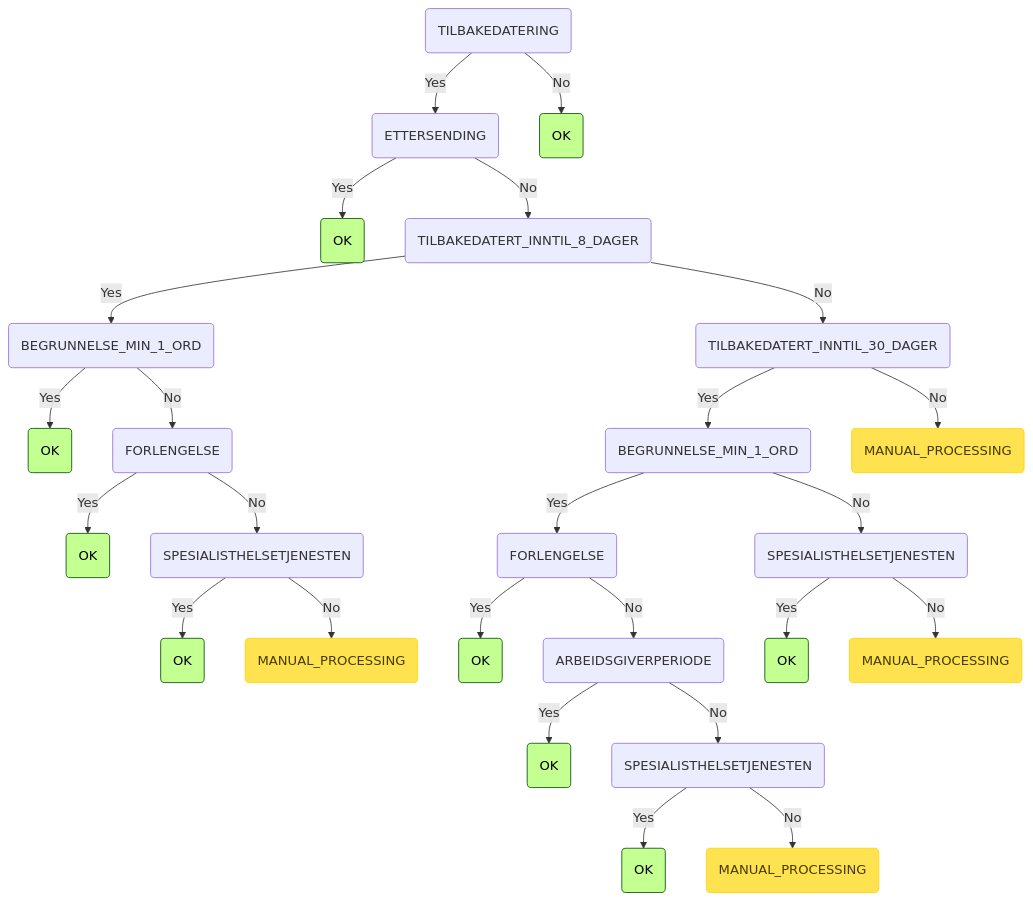
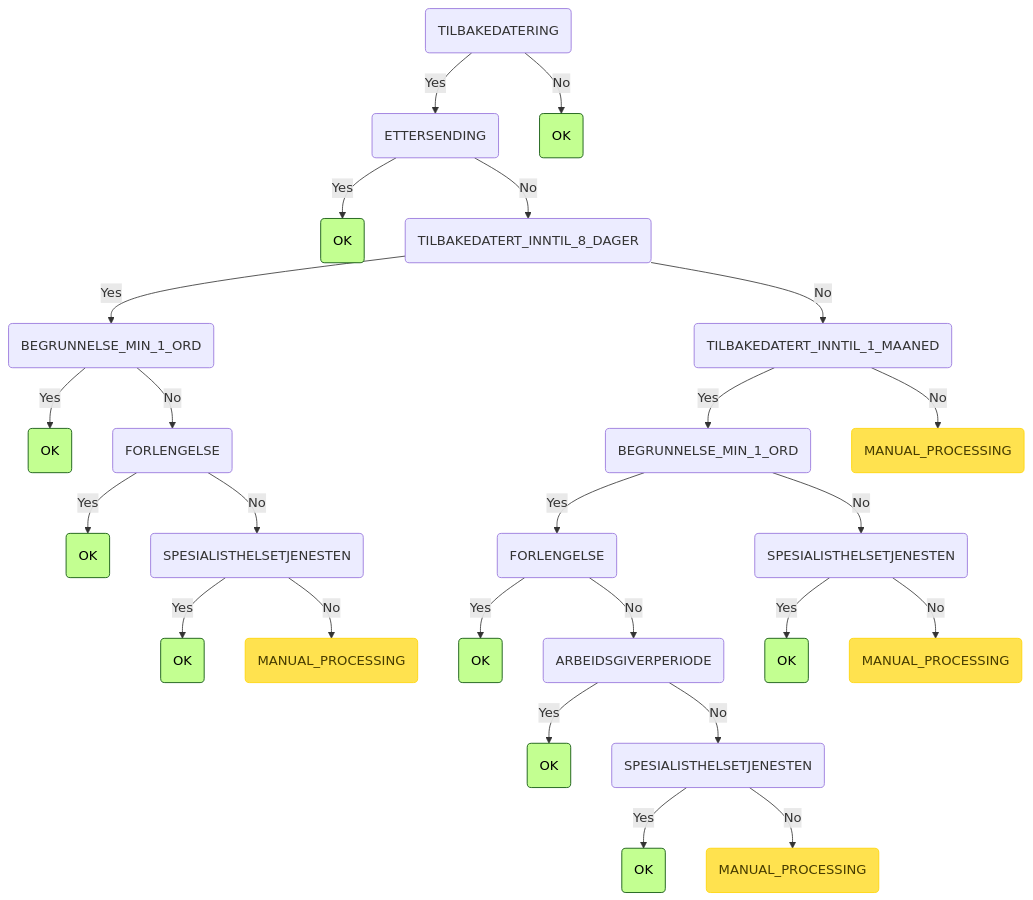
The eighth of 8 diagrams in README.md (navikt/syfosmpapirregler), drawn with Mermaid before and after one commit. The commit also changed 3 other files, not shown here.

````diff
--- a/README.md
+++ b/README.md
@@ -249,30 +249,30 @@
 ```mermaid
 graph TD
     root(TILBAKEDATERING) -->|Yes| root_TILBAKEDATERING_ETTERSENDING(ETTERSENDING)
     root_TILBAKEDATERING_ETTERSENDING(ETTERSENDING) -->|Yes| root_TILBAKEDATERING_ETTERSENDING_OK(OK):::ok
     root_TILBAKEDATERING_ETTERSENDING(ETTERSENDING) -->|No| root_TILBAKEDATERING_ETTERSENDING_TILBAKEDATERT_INNTIL_8_DAGER(TILBAKEDATERT_INNTIL_8_DAGER)
     root_TILBAKEDATERING_ETTERSENDING_TILBAKEDATERT_INNTIL_8_DAGER(TILBAKEDATERT_INNTIL_8_DAGER) -->|Yes| root_TILBAKEDATERING_ETTERSENDING_TILBAKEDATERT_INNTIL_8_DAGER_BEGRUNNELSE_MIN_1_ORD(BEGRUNNELSE_MIN_1_ORD)
     root_TILBAKEDATERING_ETTERSENDING_TILBAKEDATERT_INNTIL_8_DAGER_BEGRUNNELSE_MIN_1_ORD(BEGRUNNELSE_MIN_1_ORD) -->|Yes| root_TILBAKEDATERING_ETTERSENDING_TILBAKEDATERT_INNTIL_8_DAGER_BEGRUNNELSE_MIN_1_ORD_OK(OK):::ok
     root_TILBAKEDATERING_ETTERSENDING_TILBAKEDATERT_INNTIL_8_DAGER_BEGRUNNELSE_MIN_1_ORD(BEGRUNNELSE_MIN_1_ORD) -->|No| root_TILBAKEDATERING_ETTERSENDING_TILBAKEDATERT_INNTIL_8_DAGER_BEGRUNNELSE_MIN_1_ORD_FORLENGELSE(FORLENGELSE)
     root_TILBAKEDATERING_ETTERSENDING_TILBAKEDATERT_INNTIL_8_DAGER_BEGRUNNELSE_MIN_1_ORD_FORLENGELSE(FORLENGELSE) -->|Yes| root_TILBAKEDATERING_ETTERSENDING_TILBAKEDATERT_INNTIL_8_DAGER_BEGRUNNELSE_MIN_1_ORD_FORLENGELSE_OK(OK):::ok
     root_TILBAKEDATERING_ETTERSENDING_TILBAKEDATERT_INNTIL_8_DAGER_BEGRUNNELSE_MIN_1_ORD_FORLENGELSE(FORLENGELSE) -->|No| root_TILBAKEDATERING_ETTERSENDING_TILBAKEDATERT_INNTIL_8_DAGER_BEGRUNNELSE_MIN_1_ORD_FORLENGELSE_SPESIALISTHELSETJENESTEN(SPESIALISTHELSETJENESTEN)
     root_TILBAKEDATERING_ETTERSENDING_TILBAKEDATERT_INNTIL_8_DAGER_BEGRUNNELSE_MIN_1_ORD_FORLENGELSE_SPESIALISTHELSETJENESTEN(SPESIALISTHELSETJENESTEN) -->|Yes| root_TILBAKEDATERING_ETTERSENDING_TILBAKEDATERT_INNTIL_8_DAGER_BEGRUNNELSE_MIN_1_ORD_FORLENGELSE_SPESIALISTHELSETJENESTEN_OK(OK):::ok
     root_TILBAKEDATERING_ETTERSENDING_TILBAKEDATERT_INNTIL_8_DAGER_BEGRUNNELSE_MIN_1_ORD_FORLENGELSE_SPESIALISTHELSETJENESTEN(SPESIALISTHELSETJENESTEN) -->|No| root_TILBAKEDATERING_ETTERSENDING_TILBAKEDATERT_INNTIL_8_DAGER_BEGRUNNELSE_MIN_1_ORD_FORLENGELSE_SPESIALISTHELSETJENESTEN_MANUAL_PROCESSING(MANUAL_PROCESSING):::manuell
-    root_TILBAKEDATERING_ETTERSENDING_TILBAKEDATERT_INNTIL_8_DAGER(TILBAKEDATERT_INNTIL_8_DAGER) -->|No| root_TILBAKEDATERING_ETTERSENDING_TILBAKEDATERT_INNTIL_8_DAGER_TILBAKEDATERT_INNTIL_30_DAGER(TILBAKEDATERT_INNTIL_30_DAGER)
-    root_TILBAKEDATERING_ETTERSENDING_TILBAKEDATERT_INNTIL_8_DAGER_TILBAKEDATERT_INNTIL_30_DAGER(TILBAKEDATERT_INNTIL_30_DAGER) -->|Yes| root_TILBAKEDATERING_ETTERSENDING_TILBAKEDATERT_INNTIL_8_DAGER_TILBAKEDATERT_INNTIL_30_DAGER_BEGRUNNELSE_MIN_1_ORD(BEGRUNNELSE_MIN_1_ORD)
-    root_TILBAKEDATERING_ETTERSENDING_TILBAKEDATERT_INNTIL_8_DAGER_TILBAKEDATERT_INNTIL_30_DAGER_BEGRUNNELSE_MIN_1_ORD(BEGRUNNELSE_MIN_1_ORD) -->|Yes| root_TILBAKEDATERING_ETTERSENDING_TILBAKEDATERT_INNTIL_8_DAGER_TILBAKEDATERT_INNTIL_30_DAGER_BEGRUNNELSE_MIN_1_ORD_FORLENGELSE(FORLENGELSE)
-    root_TILBAKEDATERING_ETTERSENDING_TILBAKEDATERT_INNTIL_8_DAGER_TILBAKEDATERT_INNTIL_30_DAGER_BEGRUNNELSE_MIN_1_ORD_FORLENGELSE(FORLENGELSE) -->|Yes| root_TILBAKEDATERING_ETTERSENDING_TILBAKEDATERT_INNTIL_8_DAGER_TILBAKEDATERT_INNTIL_30_DAGER_BEGRUNNELSE_MIN_1_ORD_FORLENGELSE_OK(OK):::ok
-    root_TILBAKEDATERING_ETTERSENDING_TILBAKEDATERT_INNTIL_8_DAGER_TILBAKEDATERT_INNTIL_30_DAGER_BEGRUNNELSE_MIN_1_ORD_FORLENGELSE(FORLENGELSE) -->|No| root_TILBAKEDATERING_ETTERSENDING_TILBAKEDATERT_INNTIL_8_DAGER_TILBAKEDATERT_INNTIL_30_DAGER_BEGRUNNELSE_MIN_1_ORD_FORLENGELSE_ARBEIDSGIVERPERIODE(ARBEIDSGIVERPERIODE)
-    root_TILBAKEDATERING_ETTERSENDING_TILBAKEDATERT_INNTIL_8_DAGER_TILBAKEDATERT_INNTIL_30_DAGER_BEGRUNNELSE_MIN_1_ORD_FORLENGELSE_ARBEIDSGIVERPERIODE(ARBEIDSGIVERPERIODE) -->|Yes| root_TILBAKEDATERING_ETTERSENDING_TILBAKEDATERT_INNTIL_8_DAGER_TILBAKEDATERT_INNTIL_30_DAGER_BEGRUNNELSE_MIN_1_ORD_FORLENGELSE_ARBEIDSGIVERPERIODE_OK(OK):::ok
-    root_TILBAKEDATERING_ETTERSENDING_TILBAKEDATERT_INNTIL_8_DAGER_TILBAKEDATERT_INNTIL_30_DAGER_BEGRUNNELSE_MIN_1_ORD_FORLENGELSE_ARBEIDSGIVERPERIODE(ARBEIDSGIVERPERIODE) -->|No| root_TILBAKEDATERING_ETTERSENDING_TILBAKEDATERT_INNTIL_8_DAGER_TILBAKEDATERT_INNTIL_30_DAGER_BEGRUNNELSE_MIN_1_ORD_FORLENGELSE_ARBEIDSGIVERPERIODE_SPESIALISTHELSETJENESTEN(SPESIALISTHELSETJENESTEN)
-    root_TILBAKEDATERING_ETTERSENDING_TILBAKEDATERT_INNTIL_8_DAGER_TILBAKEDATERT_INNTIL_30_DAGER_BEGRUNNELSE_MIN_1_ORD_FORLENGELSE_ARBEIDSGIVERPERIODE_SPESIALISTHELSETJENESTEN(SPESIALISTHELSETJENESTEN) -->|Yes| root_TILBAKEDATERING_ETTERSENDING_TILBAKEDATERT_INNTIL_8_DAGER_TILBAKEDATERT_INNTIL_30_DAGER_BEGRUNNELSE_MIN_1_ORD_FORLENGELSE_ARBEIDSGIVERPERIODE_SPESIALISTHELSETJENESTEN_OK(OK):::ok
-    root_TILBAKEDATERING_ETTERSENDING_TILBAKEDATERT_INNTIL_8_DAGER_TILBAKEDATERT_INNTIL_30_DAGER_BEGRUNNELSE_MIN_1_ORD_FORLENGELSE_ARBEIDSGIVERPERIODE_SPESIALISTHELSETJENESTEN(SPESIALISTHELSETJENESTEN) -->|No| root_TILBAKEDATERING_ETTERSENDING_TILBAKEDATERT_INNTIL_8_DAGER_TILBAKEDATERT_INNTIL_30_DAGER_BEGRUNNELSE_MIN_1_ORD_FORLENGELSE_ARBEIDSGIVERPERIODE_SPESIALISTHELSETJENESTEN_MANUAL_PROCESSING(MANUAL_PROCESSING):::manuell
-    root_TILBAKEDATERING_ETTERSENDING_TILBAKEDATERT_INNTIL_8_DAGER_TILBAKEDATERT_INNTIL_30_DAGER_BEGRUNNELSE_MIN_1_ORD(BEGRUNNELSE_MIN_1_ORD) -->|No| root_TILBAKEDATERING_ETTERSENDING_TILBAKEDATERT_INNTIL_8_DAGER_TILBAKEDATERT_INNTIL_30_DAGER_BEGRUNNELSE_MIN_1_ORD_SPESIALISTHELSETJENESTEN(SPESIALISTHELSETJENESTEN)
-    root_TILBAKEDATERING_ETTERSENDING_TILBAKEDATERT_INNTIL_8_DAGER_TILBAKEDATERT_INNTIL_30_DAGER_BEGRUNNELSE_MIN_1_ORD_SPESIALISTHELSETJENESTEN(SPESIALISTHELSETJENESTEN) -->|Yes| root_TILBAKEDATERING_ETTERSENDING_TILBAKEDATERT_INNTIL_8_DAGER_TILBAKEDATERT_INNTIL_30_DAGER_BEGRUNNELSE_MIN_1_ORD_SPESIALISTHELSETJENESTEN_OK(OK):::ok
-    root_TILBAKEDATERING_ETTERSENDING_TILBAKEDATERT_INNTIL_8_DAGER_TILBAKEDATERT_INNTIL_30_DAGER_BEGRUNNELSE_MIN_1_ORD_SPESIALISTHELSETJENESTEN(SPESIALISTHELSETJENESTEN) -->|No| root_TILBAKEDATERING_ETTERSENDING_TILBAKEDATERT_INNTIL_8_DAGER_TILBAKEDATERT_INNTIL_30_DAGER_BEGRUNNELSE_MIN_1_ORD_SPESIALISTHELSETJENESTEN_MANUAL_PROCESSING(MANUAL_PROCESSING):::manuell
-    root_TILBAKEDATERING_ETTERSENDING_TILBAKEDATERT_INNTIL_8_DAGER_TILBAKEDATERT_INNTIL_30_DAGER(TILBAKEDATERT_INNTIL_30_DAGER) -->|No| root_TILBAKEDATERING_ETTERSENDING_TILBAKEDATERT_INNTIL_8_DAGER_TILBAKEDATERT_INNTIL_30_DAGER_MANUAL_PROCESSING(MANUAL_PROCESSING):::manuell
+    root_TILBAKEDATERING_ETTERSENDING_TILBAKEDATERT_INNTIL_8_DAGER(TILBAKEDATERT_INNTIL_8_DAGER) -->|No| root_TILBAKEDATERING_ETTERSENDING_TILBAKEDATERT_INNTIL_8_DAGER_TILBAKEDATERT_INNTIL_1_MAANED(TILBAKEDATERT_INNTIL_1_MAANED)
+    root_TILBAKEDATERING_ETTERSENDING_TILBAKEDATERT_INNTIL_8_DAGER_TILBAKEDATERT_INNTIL_1_MAANED(TILBAKEDATERT_INNTIL_1_MAANED) -->|Yes| root_TILBAKEDATERING_ETTERSENDING_TILBAKEDATERT_INNTIL_8_DAGER_TILBAKEDATERT_INNTIL_1_MAANED_BEGRUNNELSE_MIN_1_ORD(BEGRUNNELSE_MIN_1_ORD)
+    root_TILBAKEDATERING_ETTERSENDING_TILBAKEDATERT_INNTIL_8_DAGER_TILBAKEDATERT_INNTIL_1_MAANED_BEGRUNNELSE_MIN_1_ORD(BEGRUNNELSE_MIN_1_ORD) -->|Yes| root_TILBAKEDATERING_ETTERSENDING_TILBAKEDATERT_INNTIL_8_DAGER_TILBAKEDATERT_INNTIL_1_MAANED_BEGRUNNELSE_MIN_1_ORD_FORLENGELSE(FORLENGELSE)
+    root_TILBAKEDATERING_ETTERSENDING_TILBAKEDATERT_INNTIL_8_DAGER_TILBAKEDATERT_INNTIL_1_MAANED_BEGRUNNELSE_MIN_1_ORD_FORLENGELSE(FORLENGELSE) -->|Yes| root_TILBAKEDATERING_ETTERSENDING_TILBAKEDATERT_INNTIL_8_DAGER_TILBAKEDATERT_INNTIL_1_MAANED_BEGRUNNELSE_MIN_1_ORD_FORLENGELSE_OK(OK):::ok
+    root_TILBAKEDATERING_ETTERSENDING_TILBAKEDATERT_INNTIL_8_DAGER_TILBAKEDATERT_INNTIL_1_MAANED_BEGRUNNELSE_MIN_1_ORD_FORLENGELSE(FORLENGELSE) -->|No| root_TILBAKEDATERING_ETTERSENDING_TILBAKEDATERT_INNTIL_8_DAGER_TILBAKEDATERT_INNTIL_1_MAANED_BEGRUNNELSE_MIN_1_ORD_FORLENGELSE_ARBEIDSGIVERPERIODE(ARBEIDSGIVERPERIODE)
+    root_TILBAKEDATERING_ETTERSENDING_TILBAKEDATERT_INNTIL_8_DAGER_TILBAKEDATERT_INNTIL_1_MAANED_BEGRUNNELSE_MIN_1_ORD_FORLENGELSE_ARBEIDSGIVERPERIODE(ARBEIDSGIVERPERIODE) -->|Yes| root_TILBAKEDATERING_ETTERSENDING_TILBAKEDATERT_INNTIL_8_DAGER_TILBAKEDATERT_INNTIL_1_MAANED_BEGRUNNELSE_MIN_1_ORD_FORLENGELSE_ARBEIDSGIVERPERIODE_OK(OK):::ok
+    root_TILBAKEDATERING_ETTERSENDING_TILBAKEDATERT_INNTIL_8_DAGER_TILBAKEDATERT_INNTIL_1_MAANED_BEGRUNNELSE_MIN_1_ORD_FORLENGELSE_ARBEIDSGIVERPERIODE(ARBEIDSGIVERPERIODE) -->|No| root_TILBAKEDATERING_ETTERSENDING_TILBAKEDATERT_INNTIL_8_DAGER_TILBAKEDATERT_INNTIL_1_MAANED_BEGRUNNELSE_MIN_1_ORD_FORLENGELSE_ARBEIDSGIVERPERIODE_SPESIALISTHELSETJENESTEN(SPESIALISTHELSETJENESTEN)
+    root_TILBAKEDATERING_ETTERSENDING_TILBAKEDATERT_INNTIL_8_DAGER_TILBAKEDATERT_INNTIL_1_MAANED_BEGRUNNELSE_MIN_1_ORD_FORLENGELSE_ARBEIDSGIVERPERIODE_SPESIALISTHELSETJENESTEN(SPESIALISTHELSETJENESTEN) -->|Yes| root_TILBAKEDATERING_ETTERSENDING_TILBAKEDATERT_INNTIL_8_DAGER_TILBAKEDATERT_INNTIL_1_MAANED_BEGRUNNELSE_MIN_1_ORD_FORLENGELSE_ARBEIDSGIVERPERIODE_SPESIALISTHELSETJENESTEN_OK(OK):::ok
+    root_TILBAKEDATERING_ETTERSENDING_TILBAKEDATERT_INNTIL_8_DAGER_TILBAKEDATERT_INNTIL_1_MAANED_BEGRUNNELSE_MIN_1_ORD_FORLENGELSE_ARBEIDSGIVERPERIODE_SPESIALISTHELSETJENESTEN(SPESIALISTHELSETJENESTEN) -->|No| root_TILBAKEDATERING_ETTERSENDING_TILBAKEDATERT_INNTIL_8_DAGER_TILBAKEDATERT_INNTIL_1_MAANED_BEGRUNNELSE_MIN_1_ORD_FORLENGELSE_ARBEIDSGIVERPERIODE_SPESIALISTHELSETJENESTEN_MANUAL_PROCESSING(MANUAL_PROCESSING):::manuell
+    root_TILBAKEDATERING_ETTERSENDING_TILBAKEDATERT_INNTIL_8_DAGER_TILBAKEDATERT_INNTIL_1_MAANED_BEGRUNNELSE_MIN_1_ORD(BEGRUNNELSE_MIN_1_ORD) -->|No| root_TILBAKEDATERING_ETTERSENDING_TILBAKEDATERT_INNTIL_8_DAGER_TILBAKEDATERT_INNTIL_1_MAANED_BEGRUNNELSE_MIN_1_ORD_SPESIALISTHELSETJENESTEN(SPESIALISTHELSETJENESTEN)
+    root_TILBAKEDATERING_ETTERSENDING_TILBAKEDATERT_INNTIL_8_DAGER_TILBAKEDATERT_INNTIL_1_MAANED_BEGRUNNELSE_MIN_1_ORD_SPESIALISTHELSETJENESTEN(SPESIALISTHELSETJENESTEN) -->|Yes| root_TILBAKEDATERING_ETTERSENDING_TILBAKEDATERT_INNTIL_8_DAGER_TILBAKEDATERT_INNTIL_1_MAANED_BEGRUNNELSE_MIN_1_ORD_SPESIALISTHELSETJENESTEN_OK(OK):::ok
+    root_TILBAKEDATERING_ETTERSENDING_TILBAKEDATERT_INNTIL_8_DAGER_TILBAKEDATERT_INNTIL_1_MAANED_BEGRUNNELSE_MIN_1_ORD_SPESIALISTHELSETJENESTEN(SPESIALISTHELSETJENESTEN) -->|No| root_TILBAKEDATERING_ETTERSENDING_TILBAKEDATERT_INNTIL_8_DAGER_TILBAKEDATERT_INNTIL_1_MAANED_BEGRUNNELSE_MIN_1_ORD_SPESIALISTHELSETJENESTEN_MANUAL_PROCESSING(MANUAL_PROCESSING):::manuell
+    root_TILBAKEDATERING_ETTERSENDING_TILBAKEDATERT_INNTIL_8_DAGER_TILBAKEDATERT_INNTIL_1_MAANED(TILBAKEDATERT_INNTIL_1_MAANED) -->|No| root_TILBAKEDATERING_ETTERSENDING_TILBAKEDATERT_INNTIL_8_DAGER_TILBAKEDATERT_INNTIL_1_MAANED_MANUAL_PROCESSING(MANUAL_PROCESSING):::manuell
     root(TILBAKEDATERING) -->|No| root_TILBAKEDATERING_OK(OK):::ok
     classDef ok fill:#c3ff91,stroke:#004a00,color: black;
     classDef invalid fill:#ff7373,stroke:#ff0000,color: black;
     classDef manuell fill:#ffe24f,stroke:#ffd500,color: #473c00;
 ```
````
